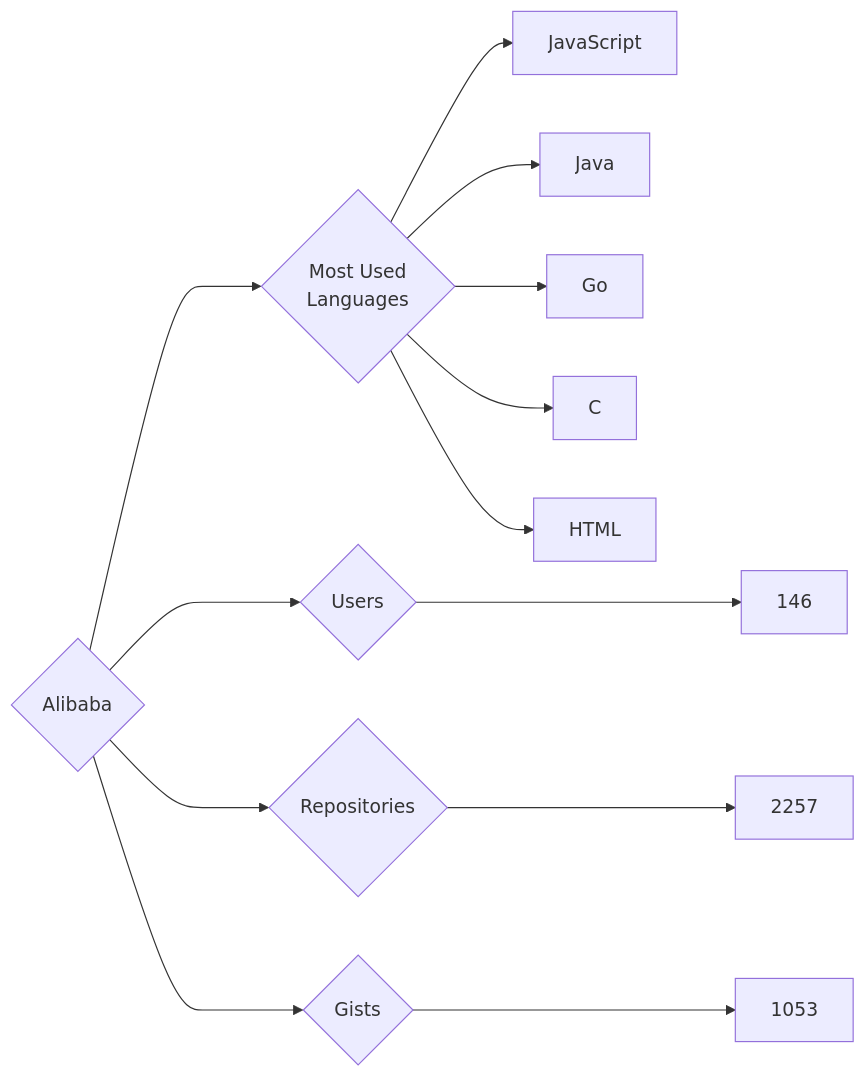
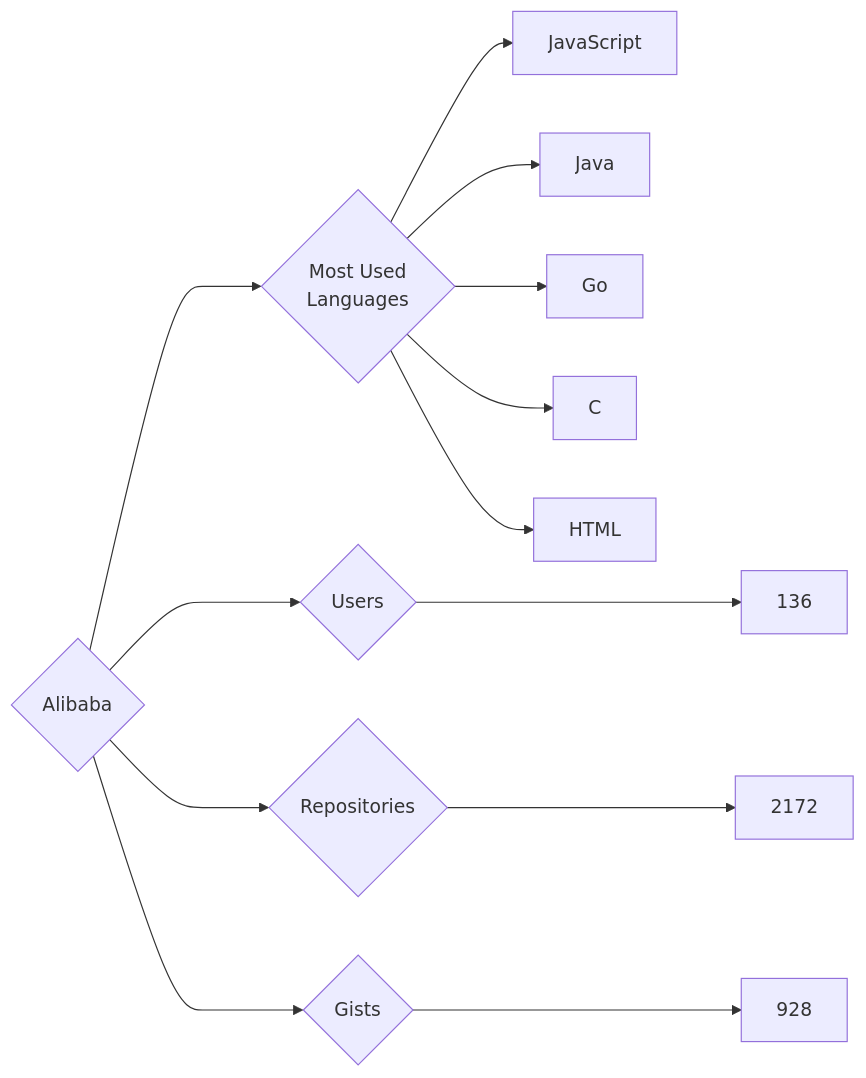
Before and after one commit to trickest/insiders: the diagram in targets/Alibaba/README.md, drawn with Mermaid. The commit also changed 750 other files, not shown here.

````diff
--- a/targets/Alibaba/README.md
+++ b/targets/Alibaba/README.md
@@ -3,13 +3,13 @@
 ```mermaid
 graph LR
 COMPANY_NAME{Alibaba}
-COMPANY_NAME ---> U{Users} ---> UN[146]
-COMPANY_NAME ---> R{Repositories} ---> RN[2257]
-COMPANY_NAME ---> G{Gists} ---> GN[1053]
+COMPANY_NAME ---> U{Users} ---> UN[136]
+COMPANY_NAME ---> R{Repositories} ---> RN[2172]
+COMPANY_NAME ---> G{Gists} ---> GN[928]
 COMPANY_NAME ---> ML{Most Used<br>Languages}
 ML --> JavaScript[JavaScript]
 ML --> Java[Java]
 ML --> Go[Go]
 ML --> C[C]
 ML --> HTML[HTML]
 ```
````
